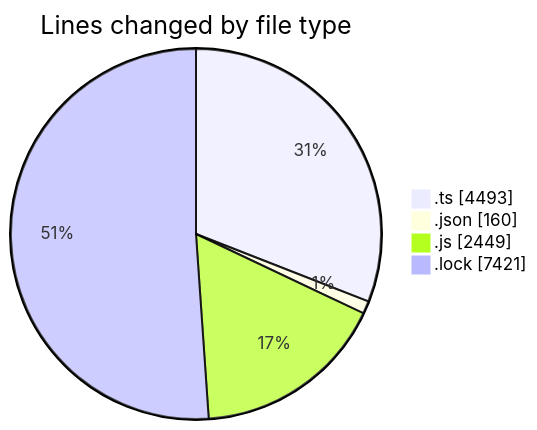
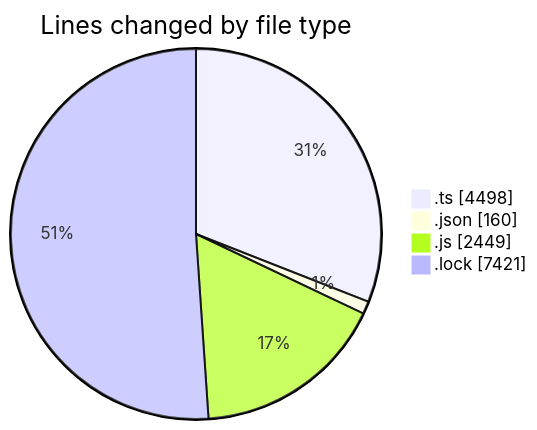
Before and after one commit to momahboobian/code-tracking: the first of 2 diagrams in 2025-07-30/cda/README.md, drawn with Mermaid. The commit also changed other lines of this file and 1 other file, not shown here.

````diff
--- a/2025-07-30/cda/README.md
+++ b/2025-07-30/cda/README.md
@@ -31,8 +31,8 @@
 ```mermaid
 pie showData
 title Lines changed by file type
-".ts" : 4493
+".ts" : 4498
 ".json" : 160
 ".js" : 2449
 ".lock" : 7421
 ```
````
